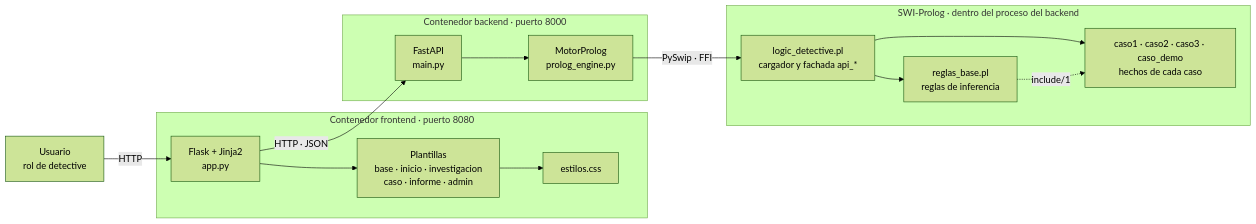
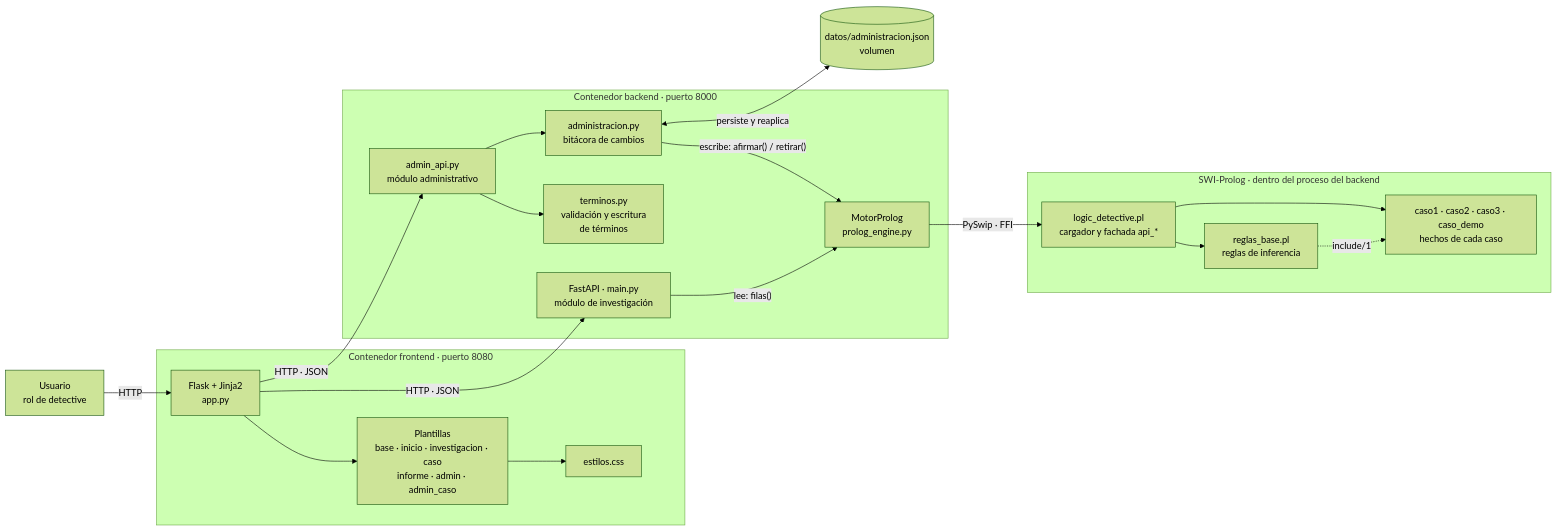
The first of 10 diagrams in docs/ARQUITECTURA.md (Alexder14/logic-detective-G15-IA), drawn with Mermaid (forest theme) before and after one commit. The commit also changed other lines of this file and 28 other files, not shown here.

Commit message:
feat: modulo administrativo con CRUD completo, persistencia e integracion con la investigacion

````diff
--- a/docs/ARQUITECTURA.md
+++ b/docs/ARQUITECTURA.md
@@ -21,31 +21,41 @@
 ```mermaid
 graph LR
     U["Usuario<br/>rol de detective"]
 
     subgraph FE["Contenedor frontend · puerto 8080"]
         F["Flask + Jinja2<br/>app.py"]
-        T["Plantillas<br/>base · inicio · investigacion<br/>caso · informe · admin"]
+        T["Plantillas<br/>base · inicio · investigacion · caso<br/>informe · admin · admin_caso"]
         S["estilos.css"]
     end
 
     subgraph BE["Contenedor backend · puerto 8000"]
-        A["FastAPI<br/>main.py"]
+        A["FastAPI · main.py<br/>módulo de investigación"]
+        AD["admin_api.py<br/>módulo administrativo"]
+        TE["terminos.py<br/>validación y escritura<br/>de términos"]
+        AL["administracion.py<br/>bitácora de cambios"]
         M["MotorProlog<br/>prolog_engine.py"]
     end
 
     subgraph PL["SWI-Prolog · dentro del proceso del backend"]
         L["logic_detective.pl<br/>cargador y fachada api_*"]
         R["reglas_base.pl<br/>reglas de inferencia"]
         K["caso1 · caso2 · caso3 · caso_demo<br/>hechos de cada caso"]
     end
 
+    D[("datos/administracion.json<br/>volumen")]
+
     U -->|HTTP| F
     F --> T
     T --> S
     F -->|"HTTP · JSON"| A
-    A --> M
+    F -->|"HTTP · JSON"| AD
+    A -->|"lee: filas()"| M
+    AD --> TE
+    AD --> AL
+    AL -->|"escribe: afirmar() / retirar()"| M
+    AL <-->|"persiste y reaplica"| D
     M -->|"PySwip · FFI"| L
     L --> R
     L --> K
     R -.->|"include/1"| K
 ```
````
